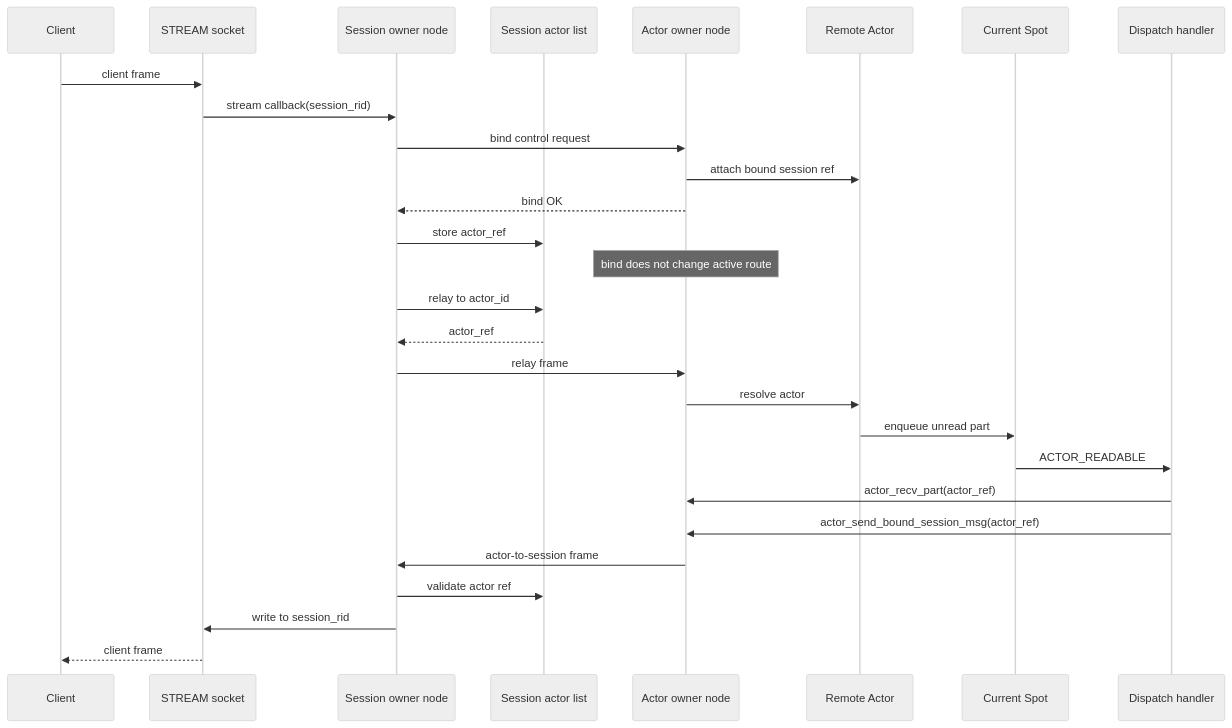
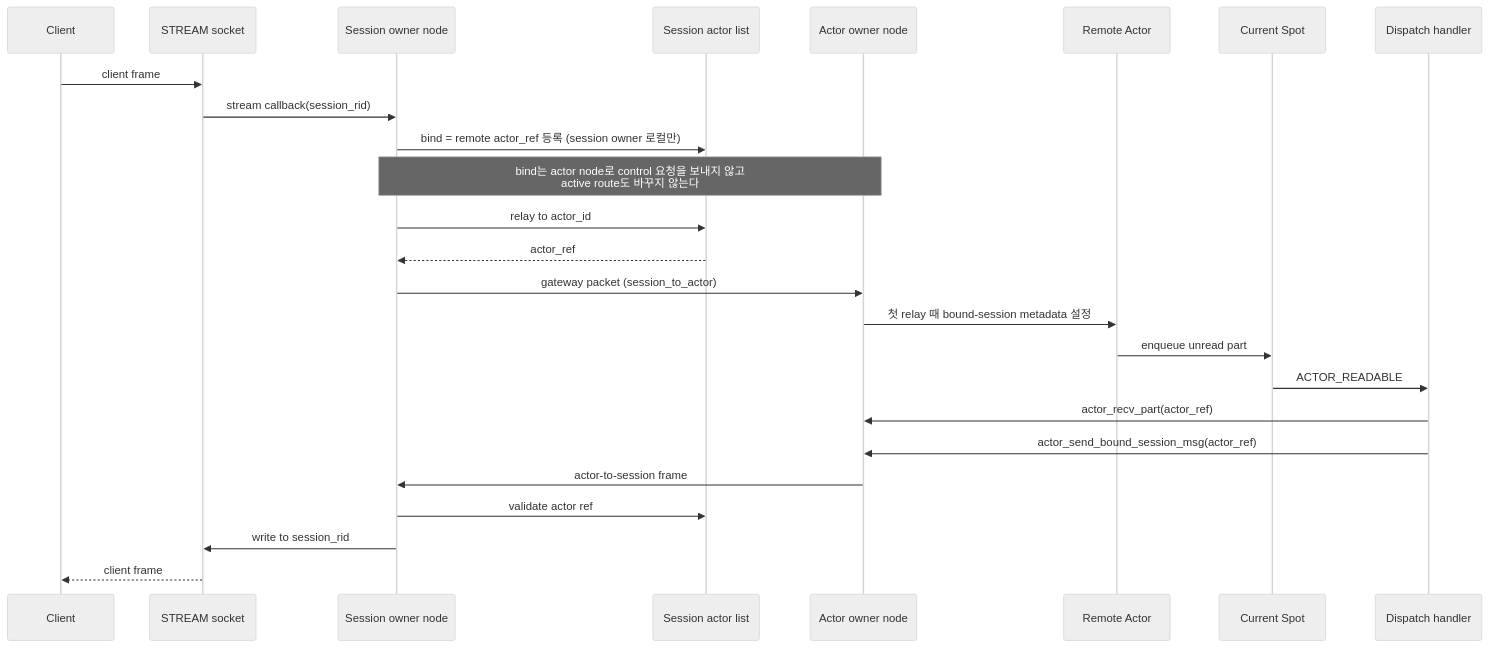
One commit to kairos-code-dev/zlink changed the tenth of 12 diagrams in doc/site/docs/internals/spot-internals.ko.md. Above: the diagram before and after it, drawn with Mermaid (neutral theme). The commit also changed other lines of this file and 82 other files, not shown here.

````diff
--- a/doc/site/docs/internals/spot-internals.ko.md
+++ b/doc/site/docs/internals/spot-internals.ko.md
@@ -781,33 +797,30 @@
 ```mermaid
 sequenceDiagram
   participant Client
   participant Stream as STREAM socket
   participant SessNode as Session owner node
   participant List as Session actor list
   participant ActorNode as Actor owner node
   participant ActorObj as Remote Actor
   participant Spot as Current Spot
   participant Handler as Dispatch handler
 
   Client->>Stream: client frame
   Stream->>SessNode: stream callback(session_rid)
-  SessNode->>ActorNode: bind control request
-  ActorNode->>ActorObj: attach bound session ref
-  ActorNode-->>SessNode: bind OK
-  SessNode->>List: store actor_ref
-  Note over ActorNode: bind does not change active route
+  SessNode->>List: bind = remote actor_ref 등록 (session owner 로컬만)
+  Note over SessNode,ActorNode: bind는 actor node로 control 요청을 보내지 않고<br/>active route도 바꾸지 않는다
 
   SessNode->>List: relay to actor_id
   List-->>SessNode: actor_ref
-  SessNode->>ActorNode: relay frame
-  ActorNode->>ActorObj: resolve actor
+  SessNode->>ActorNode: gateway packet (session_to_actor)
+  ActorNode->>ActorObj: 첫 relay 때 bound-session metadata 설정
   ActorObj->>Spot: enqueue unread part
   Spot->>Handler: ACTOR_READABLE
   Handler->>ActorNode: actor_recv_part(actor_ref)
 
   Handler->>ActorNode: actor_send_bound_session_msg(actor_ref)
   ActorNode->>SessNode: actor-to-session frame
   SessNode->>List: validate actor ref
   SessNode->>Stream: write to session_rid
   Stream-->>Client: client frame
 ```
````
